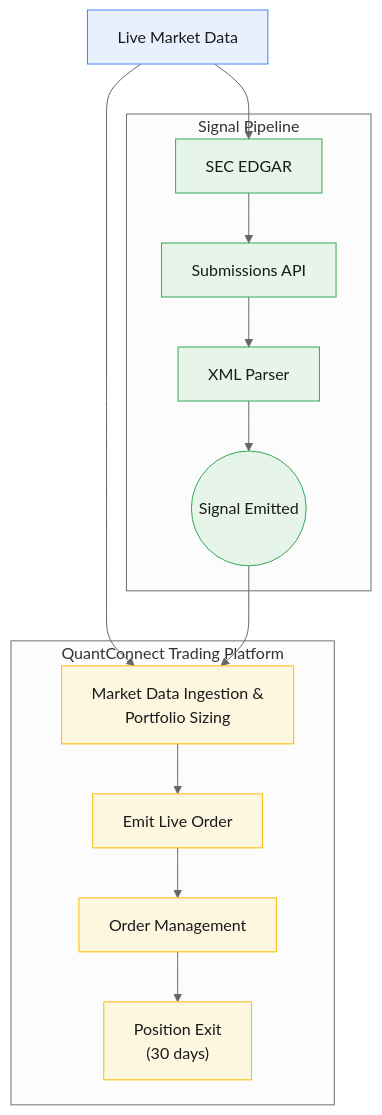
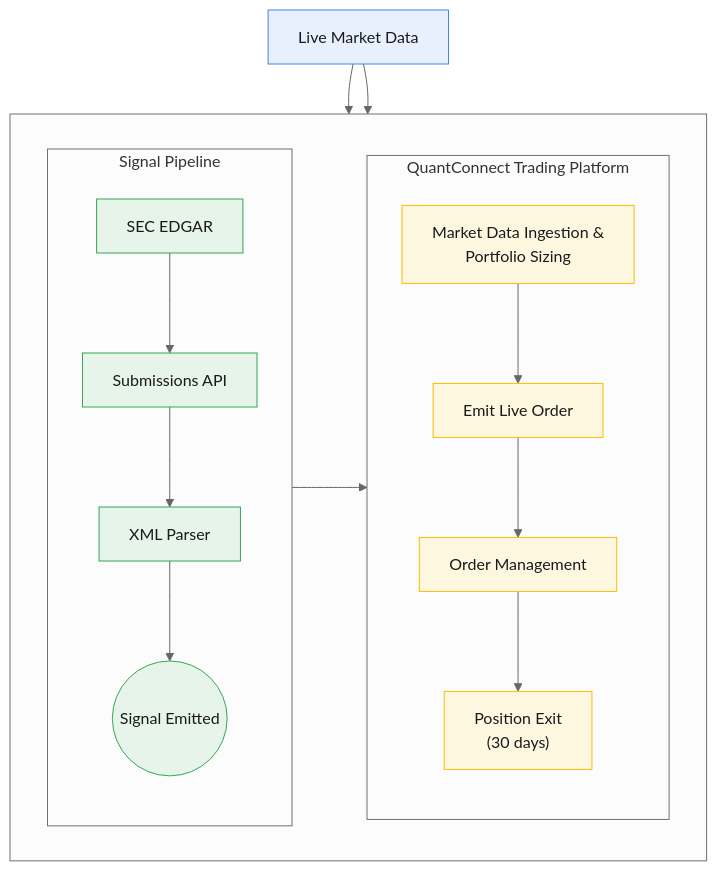
Before and after one commit to MilesOberting/form4-insider-signals-showcase: the first of 2 diagrams in README.md, drawn with Mermaid (neutral theme). The commit also changed 1 other file, not shown here.

Commit message:
Force side-by-side column layout in the signal/trading diagram
Wraps both subgraphs in an outer direction:LR container so they lay
out as true left/right columns with aligned top boxes, instead of
relying on Mermaid's automatic ranking (which was pulling the right
column down due to the Signal Emitted -> Ingestion cross-link).

````diff
--- a/README.md
+++ b/README.md
@@ -15,29 +15,33 @@
 ```mermaid
 flowchart TD
     LMD[Live Market Data]
 
-    subgraph SP[Signal Pipeline]
-        SEC[SEC EDGAR] --> API[Submissions API]
-        API --> XML[XML Parser]
-        XML --> SIG((Signal Emitted))
-    end
-
-    subgraph TP[QuantConnect Trading Platform]
-        ING["Market Data Ingestion &<br/>Portfolio Sizing"]
-        ORD[Emit Live Order]
-        MGT[Order Management]
-        EXIT["Position Exit<br/>(30 days)"]
-        ING --> ORD --> MGT --> EXIT
+    subgraph COLUMNS[" "]
+        direction LR
+        subgraph SP[Signal Pipeline]
+            direction TB
+            SEC[SEC EDGAR] --> API[Submissions API]
+            API --> XML[XML Parser]
+            XML --> SIG((Signal Emitted))
+        end
+        subgraph TP[QuantConnect Trading Platform]
+            direction TB
+            ING["Market Data Ingestion &<br/>Portfolio Sizing"]
+            ORD[Emit Live Order]
+            MGT[Order Management]
+            EXIT["Position Exit<br/>(30 days)"]
+            ING --> ORD --> MGT --> EXIT
+        end
     end
 
     LMD --> SEC
     LMD --> ING
     SIG --> ING
 
     classDef data fill:#e8f0fe,stroke:#4285f4,color:#1a1a1a;
     classDef sig fill:#e6f4ea,stroke:#34a853,color:#1a1a1a;
     classDef trade fill:#fef7e0,stroke:#fbbc04,color:#1a1a1a;
     class LMD data;
     class SEC,API,XML,SIG sig;
     class ING,ORD,MGT,EXIT trade;
 ```
````
